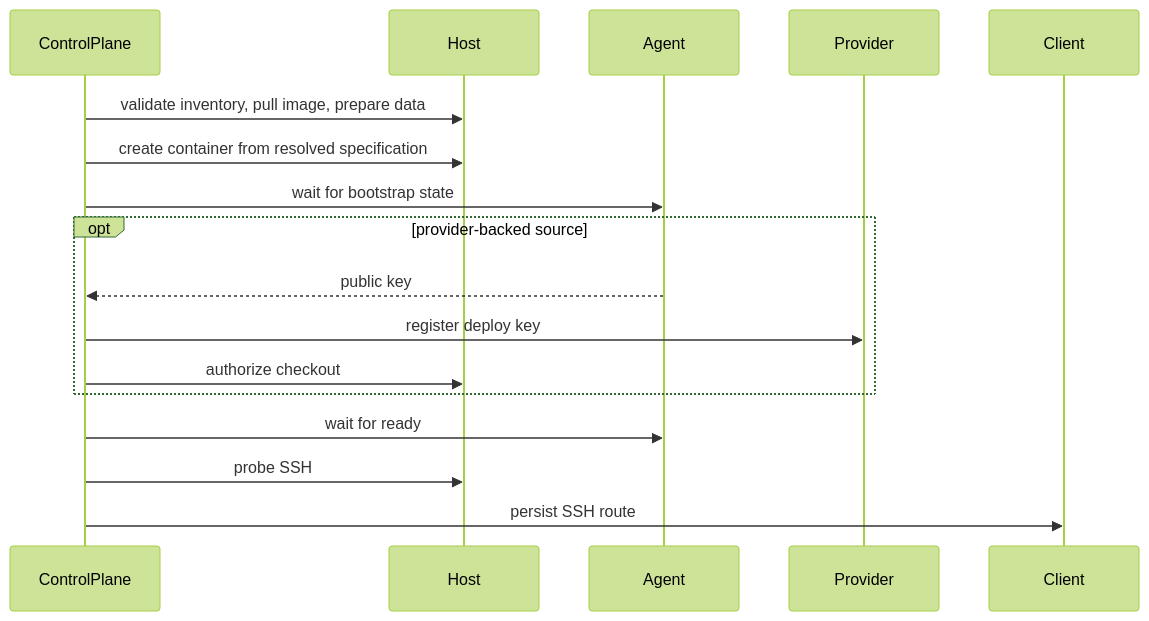
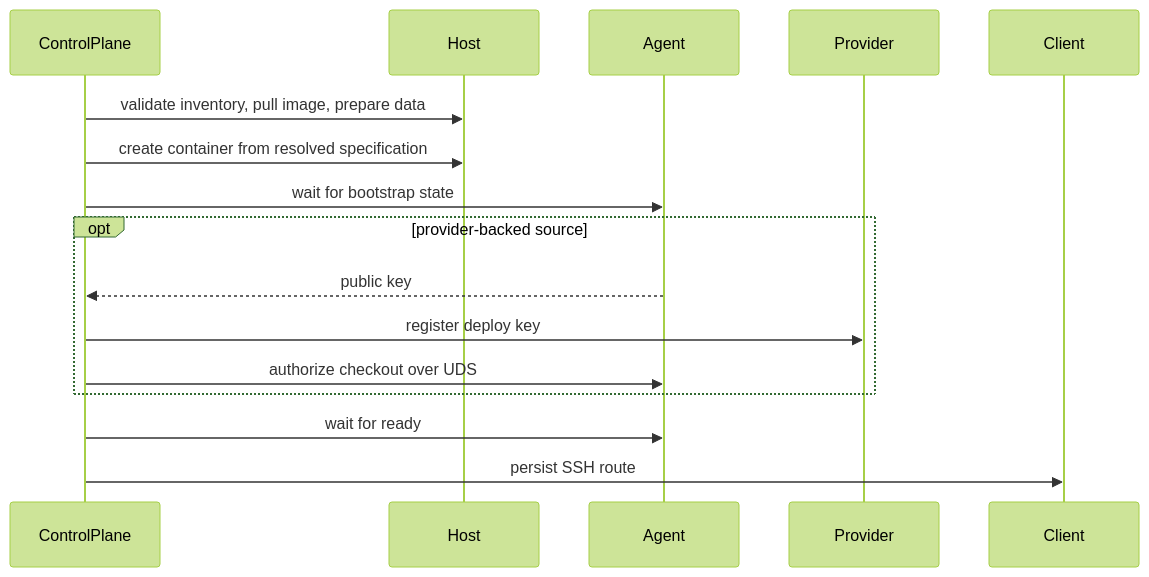
The third of 3 diagrams in src/codespace/DESIGN.md (curoky/codespace), drawn with Mermaid (forest theme) before and after one commit. The commit also changed other lines of this file and 50 other files, not shown here.

````diff
--- a/src/codespace/DESIGN.md
+++ b/src/codespace/DESIGN.md
@@ -152,20 +172,19 @@
 ```mermaid
 sequenceDiagram
     participant ControlPlane
     participant Host
     participant Agent
     participant Provider
     participant Client
 
     ControlPlane->>Host: validate inventory, pull image, prepare data
     ControlPlane->>Host: create container from resolved specification
     ControlPlane->>Agent: wait for bootstrap state
     opt provider-backed source
         Agent-->>ControlPlane: public key
         ControlPlane->>Provider: register deploy key
-        ControlPlane->>Host: authorize checkout
+        ControlPlane->>Agent: authorize checkout over UDS
     end
     ControlPlane->>Agent: wait for ready
-    ControlPlane->>Host: probe SSH
     ControlPlane->>Client: persist SSH route
 ```
````
